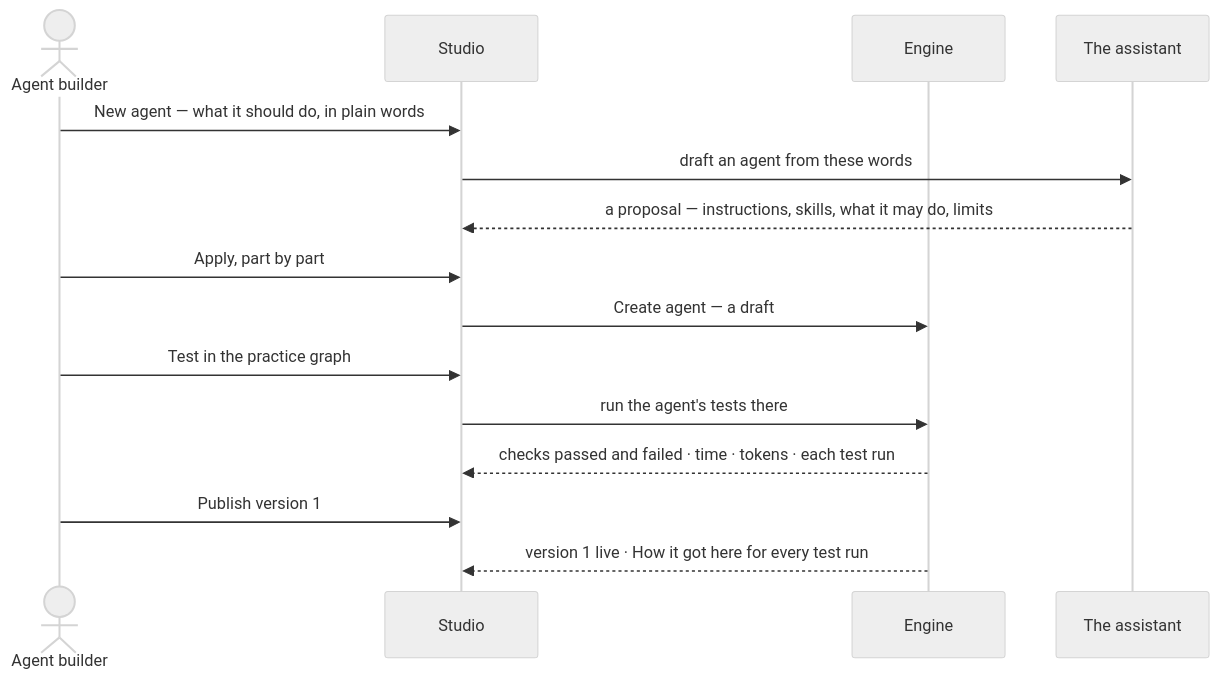
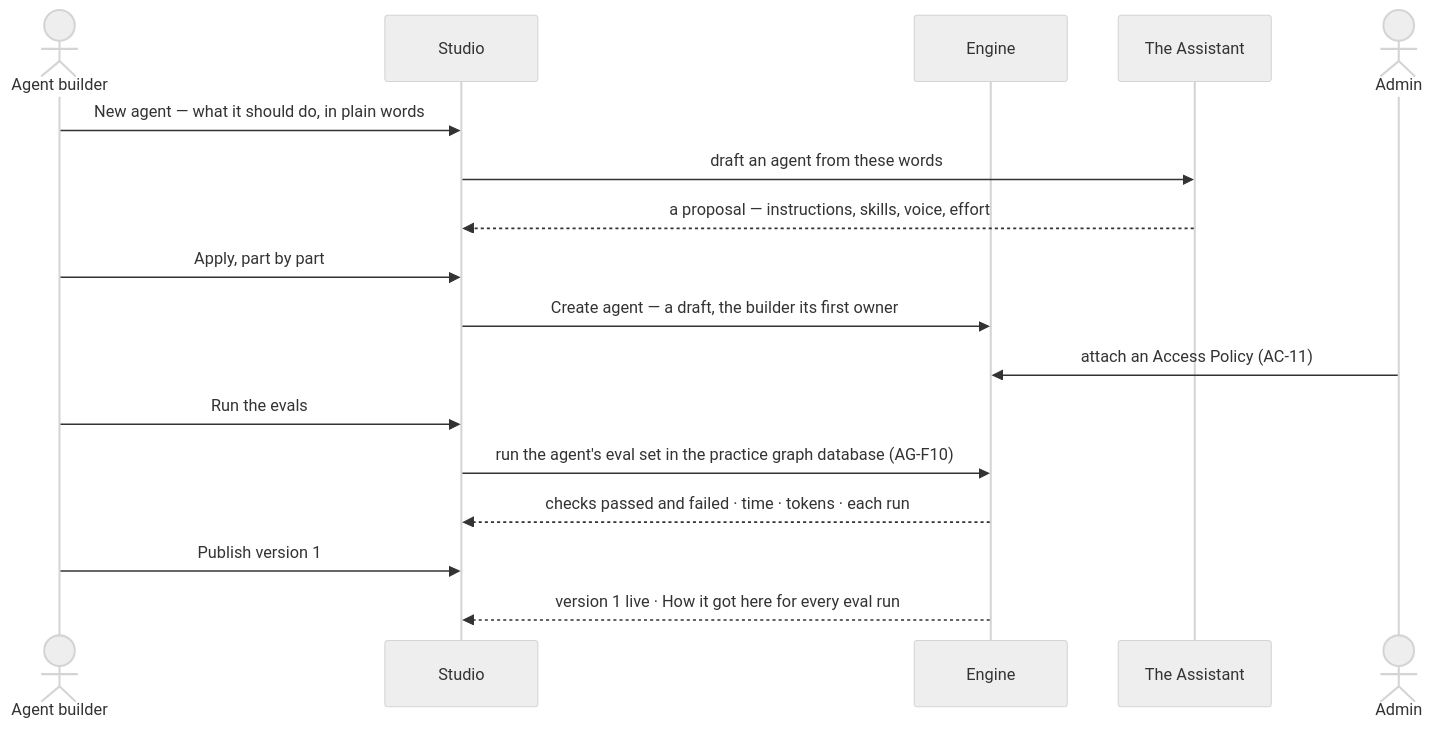
The second of 2 diagrams in specs/capabilities/agents/features/AG-F01-build-an-agent/feature.md (invana/invana), drawn with Mermaid (neutral theme) before and after one commit. The commit also changed other lines of this file and 522 other files, not shown here.

````diff
--- a/specs/capabilities/agents/features/AG-F01-build-an-agent/feature.md
+++ b/specs/capabilities/agents/features/AG-F01-build-an-agent/feature.md
@@ -55,17 +59,19 @@
 ```mermaid
 sequenceDiagram
   actor B as Agent builder
   participant S as Studio
   participant E as Engine
-  participant A as The assistant
+  participant A as The Assistant
+  actor AD as Admin
   B->>S: New agent — what it should do, in plain words
   S->>A: draft an agent from these words
-  A-->>S: a proposal — instructions, skills, what it may do, limits
+  A-->>S: a proposal — instructions, skills, voice, effort
   B->>S: Apply, part by part
-  S->>E: Create agent — a draft
-  B->>S: Test in the practice graph
-  S->>E: run the agent's tests there
-  E-->>S: checks passed and failed · time · tokens · each test run
+  S->>E: Create agent — a draft, the builder its first owner
+  AD->>E: attach an Access Policy (AC-11)
+  B->>S: Run the evals
+  S->>E: run the agent's eval set in the practice graph database (AG-F10)
+  E-->>S: checks passed and failed · time · tokens · each run
   B->>S: Publish version 1
-  E-->>S: version 1 live · How it got here for every test run
+  E-->>S: version 1 live · How it got here for every eval run
 ```
````
